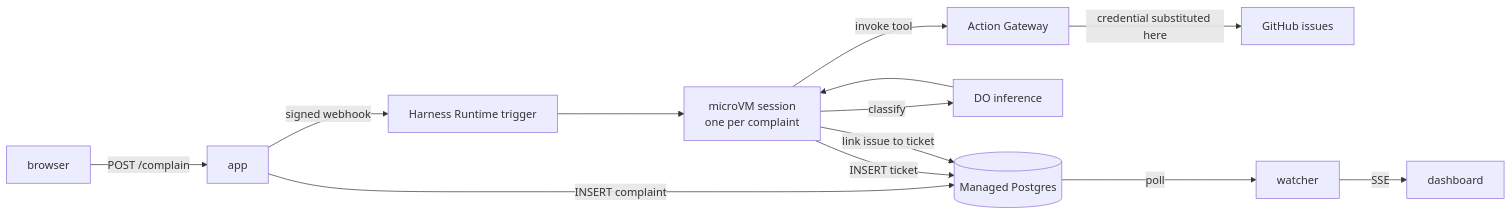
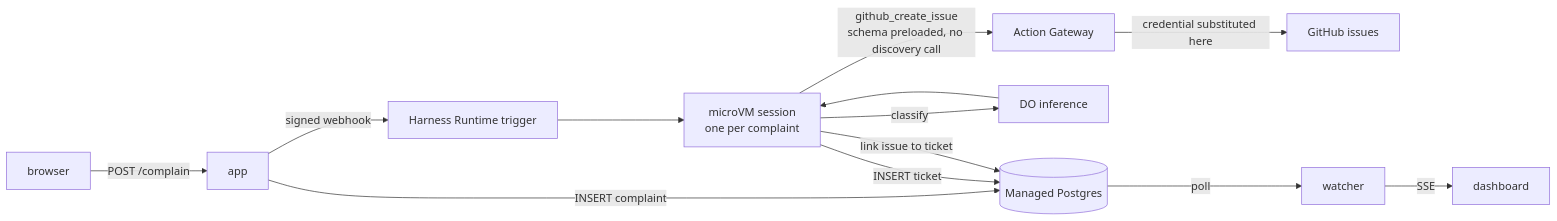
Before and after one commit to hgonzalez-do/facility_issue_demo: the diagram in docs/ARCHITECTURE.md, drawn with Mermaid. The commit also changed other lines of this file and 1 other file, not shown here.

First line of the commit message:
Close the docs audit: the flow diagram showed a step that no longer runs

````diff
--- a/docs/ARCHITECTURE.md
+++ b/docs/ARCHITECTURE.md
@@ -7,14 +7,14 @@
 ```mermaid
 flowchart LR
     B[browser] -->|POST /complain| A[app]
     A -->|INSERT complaint| PG[(Managed Postgres)]
     A -->|signed webhook| T[Harness Runtime trigger]
     T --> V[microVM session<br/>one per complaint]
     V -->|classify| I[DO inference]
     I --> V
     V -->|INSERT ticket| PG
-    V -->|invoke tool| AG[Action Gateway]
+    V -->|"github_create_issue<br/>schema preloaded, no discovery call"| AG[Action Gateway]
     AG -->|credential substituted here| GH[GitHub issues]
     V -->|link issue to ticket| PG
     PG -->|poll| W[watcher] -->|SSE| D[dashboard]
 ```
````
